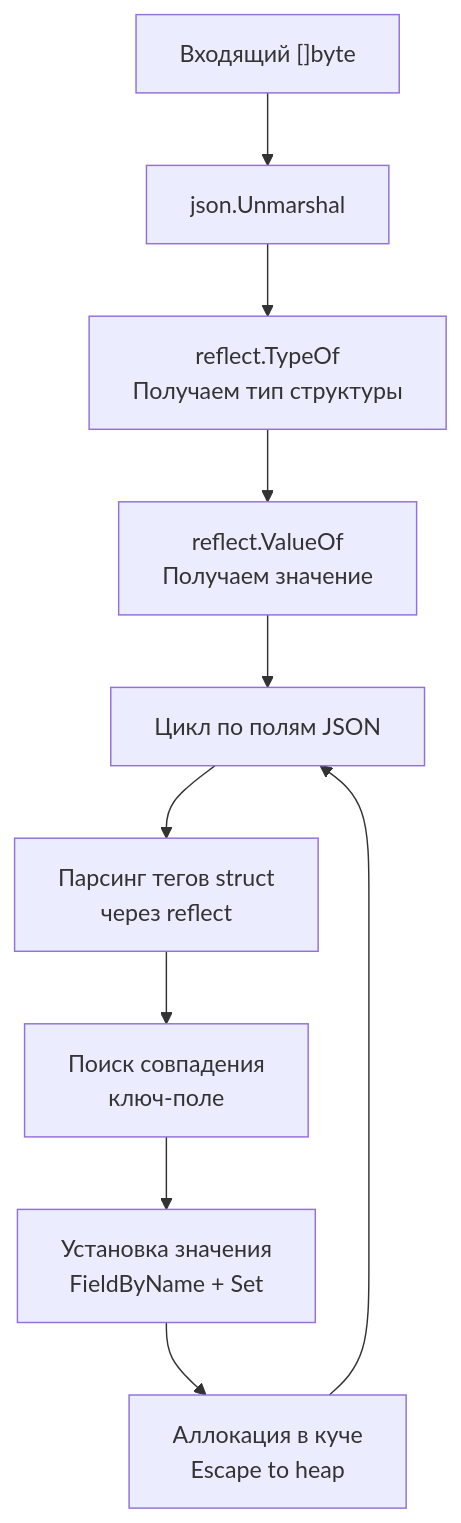
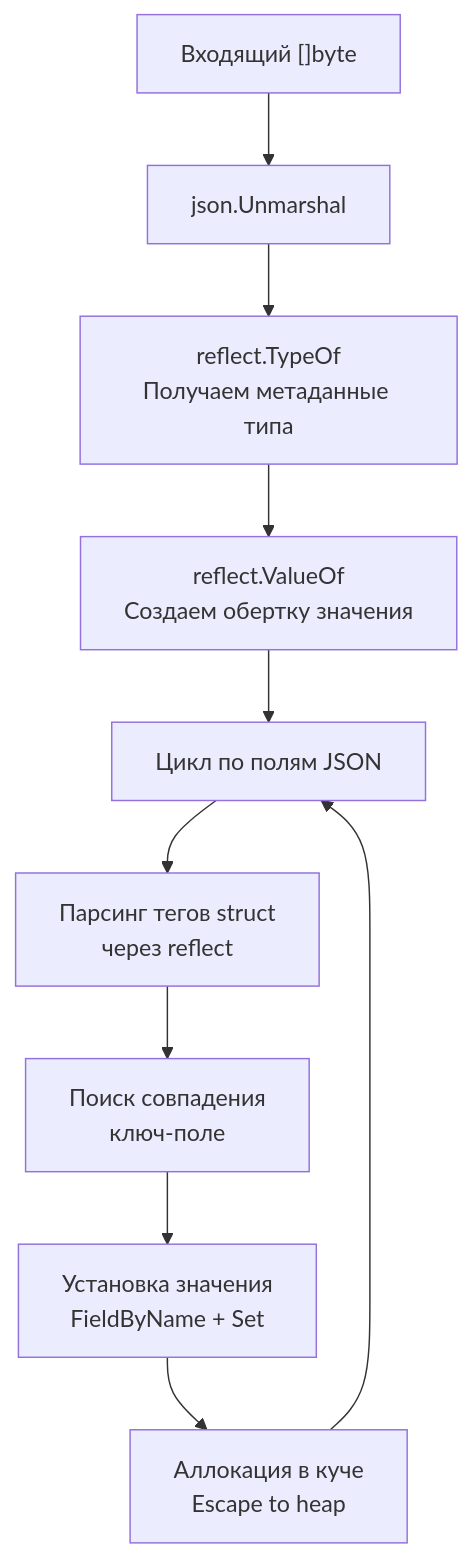
One commit to UnrealTemplier/go-textbook changed the diagram in sources/5. Учебник по Go (Основы и синтаксис)/30. Работа с JSON.md. Above: the diagram before and after it, drawn with Mermaid. The commit also changed other lines of this file, not shown here.

````diff
--- a/sources/5. Учебник по Go (Основы и синтаксис)/30. Работа с JSON.md
+++ b/sources/5. Учебник по Go (Основы и синтаксис)/30. Работа с JSON.md
@@ -160,12 +180,12 @@
 ```mermaid
 flowchart TD
     A["Входящий []byte"] --> B["json.Unmarshal"]
-    B --> C["reflect.TypeOf<br>Получаем тип структуры"]
-    C --> D["reflect.ValueOf<br>Получаем значение"]
+    B --> C["reflect.TypeOf<br/>Получаем метаданные типа"]
+    C --> D["reflect.ValueOf<br/>Создаем обертку значения"]
     D --> E["Цикл по полям JSON"]
-    E --> F["Парсинг тегов struct<br>через reflect"]
-    F --> G["Поиск совпадения<br>ключ-поле"]
-    G --> H["Установка значения<br>FieldByName + Set"]
-    H --> I["Аллокация в куче<br>Escape to heap"]
+    E --> F["Парсинг тегов struct<br/>через reflect"]
+    F --> G["Поиск совпадения<br/>ключ-поле"]
+    G --> H["Установка значения<br/>FieldByName + Set"]
+    H --> I["Аллокация в куче<br/>Escape to heap"]
     I --> E
 ```
````
